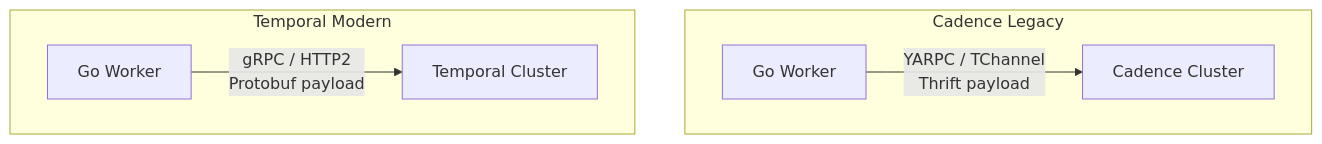
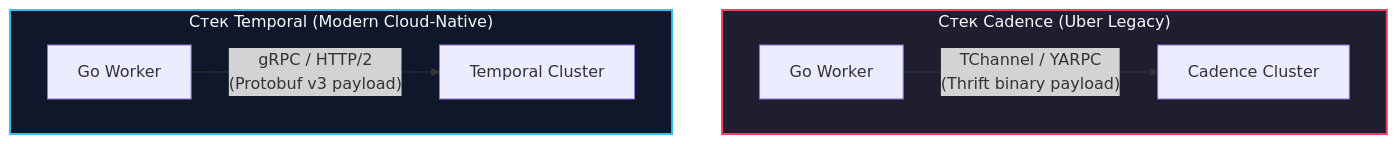
The second of 2 diagrams in sources/13. Очереди, брокеры сообщений и оркестраторы/06. Оркестрация процессов/6. Temporal vs Cadence.md (UnrealTemplier/go-textbook), drawn with Mermaid before and after one commit. The commit also changed other lines of this file, not shown here.

Commit message:
feat(module-13): editorial rewrite of lecture 6 (Temporal vs Cadence) in Subsection 6 in Kernighan style

````diff
--- a/sources/13. Очереди, брокеры сообщений и оркестраторы/06. Оркестрация процессов/6. Temporal vs Cadence.md
+++ b/sources/13. Очереди, брокеры сообщений и оркестраторы/06. Оркестрация процессов/6. Temporal vs Cadence.md
@@ -32,10 +82,15 @@
 ```mermaid
 graph TD
-    subgraph Cadence Legacy
-        W1["Go Worker"] -->|"YARPC / TChannel<br>Thrift payload"| C["Cadence Cluster"]
+    subgraph CadenceStack["Стек Cadence (Uber Legacy)"]
+        W1["Go Worker"] -->|"TChannel / YARPC<br>(Thrift binary payload)"| C["Cadence Cluster"]
     end
-    
-    subgraph Temporal Modern
-        W2["Go Worker"] -->|"gRPC / HTTP2<br>Protobuf payload"| T["Temporal Cluster"]
+
+    subgraph TemporalStack["Стек Temporal (Modern Cloud-Native)"]
+        W2["Go Worker"] -->|"gRPC / HTTP/2<br>(Protobuf v3 payload)"| T["Temporal Cluster"]
     end
+
+    classDef cad fill:#1e1e2e,stroke:#f43f5e,stroke-width:2px,color:#f8fafc;
+    classDef tmp fill:#0f172a,stroke:#38bdf8,stroke-width:2px,color:#f8fafc;
+    class CadenceStack cad;
+    class TemporalStack tmp;
 ```
````
